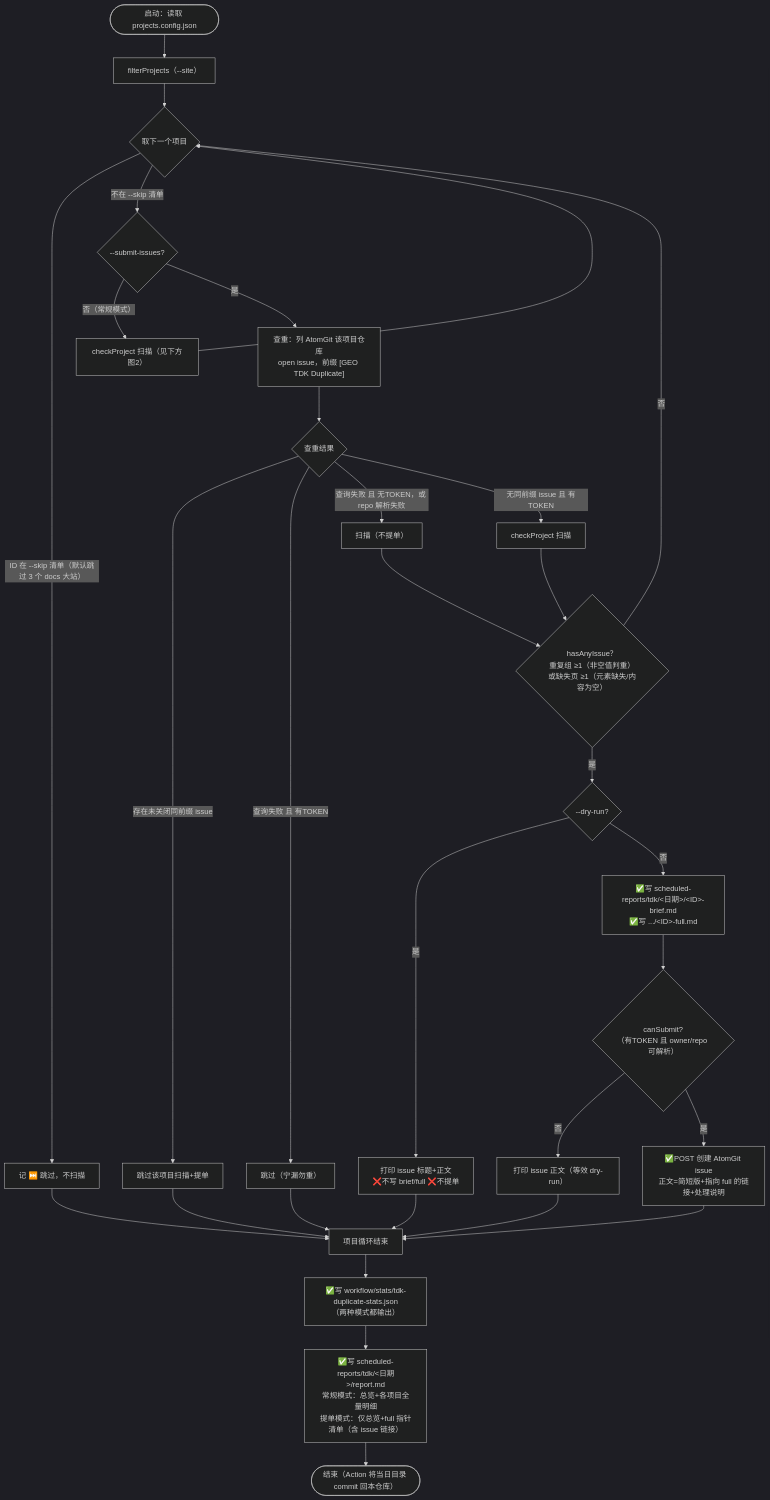
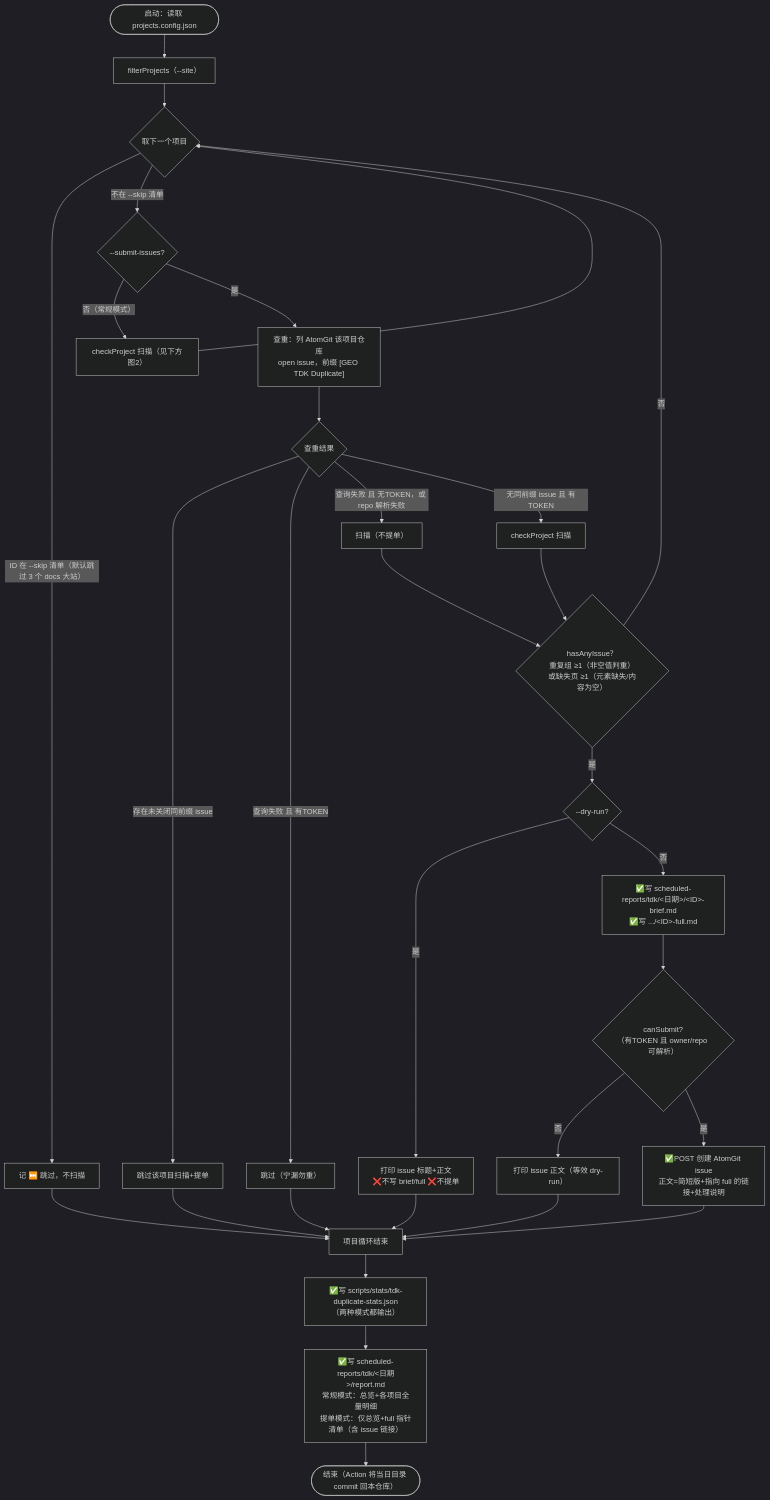
The first of 2 diagrams in measures/05-tdk/工具与脚本.md (opensourceways/daily-check-workflow), drawn with Mermaid (dark theme) before and after one commit. The commit also changed other lines of this file and 65 other files, not shown here.

Commit message:
refactor: workflow/ 更名为 scripts/、检查脚本移至 scripts/checks/，package.json/pnpm-lock.yaml 上移仓库根作为 Node 项目根，同步更新 Actions、看板、文档与 skill 中的路径

````diff
--- a/measures/05-tdk/工具与脚本.md
+++ b/measures/05-tdk/工具与脚本.md
@@ -54,35 +54,35 @@
 ```mermaid
 flowchart TD
     S(["启动：读取 projects.config.json"]) --> FLT["filterProjects（--site）"]
     FLT --> LOOP{"取下一个项目"}
     LOOP -->|"ID 在 --skip 清单（默认跳过 3 个 docs 大站）"| SKIP1["记 ⏭️ 跳过，不扫描"]
     LOOP -->|"不在 --skip 清单"| MODE{"--submit-issues?"}
 
     MODE -->|"否（常规模式）"| SCAN["checkProject 扫描（见下方图2）"]
     SCAN --> LOOP
 
     MODE -->|"是"| PRE["查重：列 AtomGit 该项目仓库<br/>open issue，前缀 [GEO TDK Duplicate]"]
     PRE --> PR{"查重结果"}
     PR -->|"存在未关闭同前缀 issue"| SKIP2["跳过该项目扫描+提单"]
     PR -->|"查询失败 且 有TOKEN"| SKIP3["跳过（宁漏勿重）"]
     PR -->|"查询失败 且 无TOKEN，或 repo 解析失败"| SCAN2["扫描（不提单）"]
     PR -->|"无同前缀 issue 且 有TOKEN"| SCAN3["checkProject 扫描"]
     SCAN2 --> HIT
     SCAN3 --> HIT{"hasAnyIssue？<br/>重复组 ≥1（非空值判重）<br/>或缺失页 ≥1（元素缺失/内容为空）"}
     HIT -->|"否"| LOOP
     HIT -->|"是"| DR{"--dry-run?"}
     DR -->|"是"| P1["打印 issue 标题+正文<br/>❌不写 brief/full ❌不提单"]
     DR -->|"否"| BF["✅写 scheduled-reports/tdk/&lt;日期&gt;/&lt;ID&gt;-brief.md<br/>✅写 .../&lt;ID&gt;-full.md"]
     BF --> CS{"canSubmit?<br/>（有TOKEN 且 owner/repo 可解析）"}
     CS -->|"否"| P2["打印 issue 正文（等效 dry-run）"]
     CS -->|"是"| ISSUE["✅POST 创建 AtomGit issue<br/>正文=简短版+指向 full 的链接+处理说明"]
     SKIP1 --> LOOP2["项目循环结束"]
     SKIP2 --> LOOP2
     SKIP3 --> LOOP2
     P1 --> LOOP2
     P2 --> LOOP2
     ISSUE --> LOOP2
-    LOOP2 --> STATS["✅写 workflow/stats/tdk-duplicate-stats.json<br/>（两种模式都输出）"]
+    LOOP2 --> STATS["✅写 scripts/stats/tdk-duplicate-stats.json<br/>（两种模式都输出）"]
     STATS --> RPT["✅写 scheduled-reports/tdk/&lt;日期&gt;/report.md<br/>常规模式：总览+各项目全量明细<br/>提单模式：仅总览+full 指针清单（含 issue 链接）"]
     RPT --> END(["结束（Action 将当日目录 commit 回本仓库）"])
 ```
````
